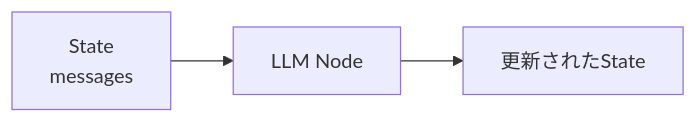
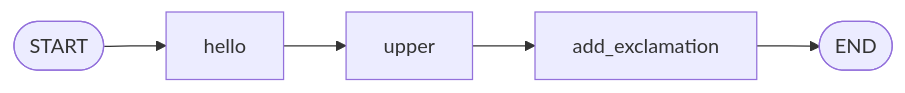
One commit to ykubota-dev/ai-agent-tutorial changed diagram 11 of 14 in docs/07_langgraph.md. Above: the diagram before and after it, drawn with Mermaid. The commit also changed other lines of this file and 1 other file, not shown here.

````diff
--- a/docs/07_langgraph.md
+++ b/docs/07_langgraph.md
@@ -369,5 +876,17 @@
 ```mermaid
 flowchart LR
-    STATE1["State<br>messages"] --> NODE["LLM Node"]
-    NODE --> STATE2["更新されたState"]
+    START(["START"])
+
+    HELLO["hello"]
+
+    UPPER["upper"]
+
+    EX["add_exclamation"]
+
+    END(["END"])
+
+    START --> HELLO
+    HELLO --> UPPER
+    UPPER --> EX
+    EX --> END
 ```
````
